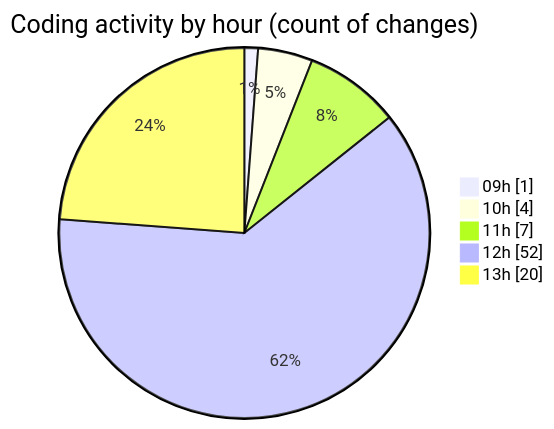
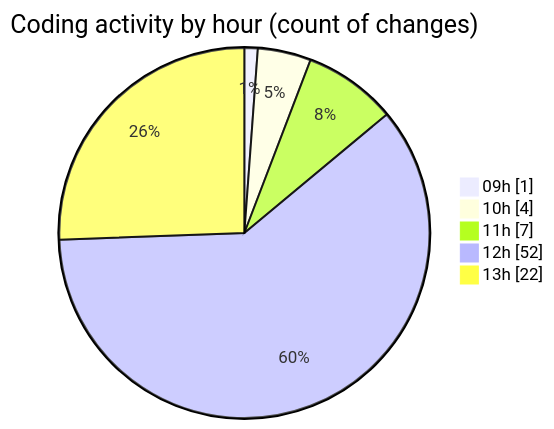
Before and after one commit to momahboobian/code-tracking: the second of 2 diagrams in 2025-04-07/cda/README.md, drawn with Mermaid. The commit also changed other lines of this file and 1 other file, not shown here.

````diff
--- a/2025-04-07/cda/README.md
+++ b/2025-04-07/cda/README.md
@@ -35,9 +35,9 @@
 ```mermaid
 pie showData
 title Coding activity by hour (count of changes)
 "09h" : 1
 "10h" : 4
 "11h" : 7
 "12h" : 52
-"13h" : 20
+"13h" : 22
 ```
````
